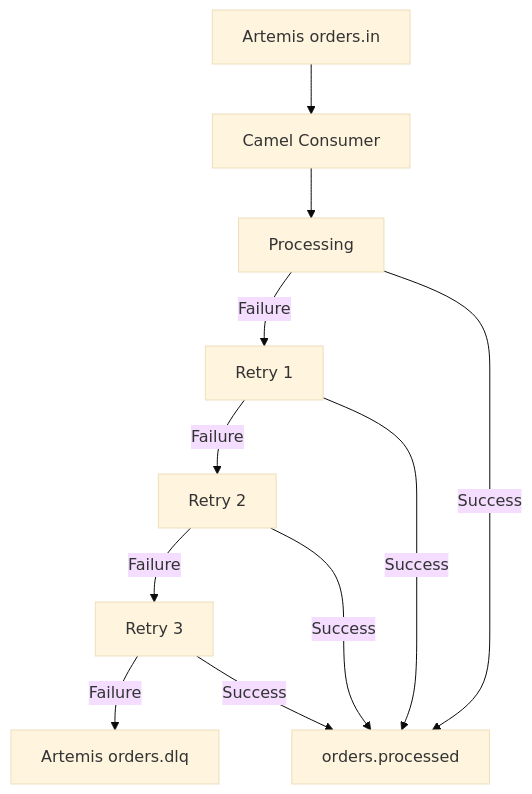
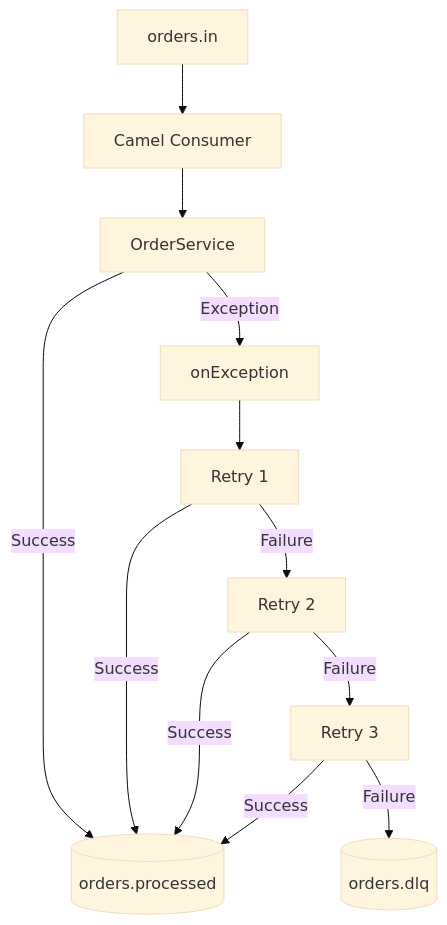
One commit to kaushleshtripathi/spring-boot-camel-artemis-xml-dsl-postgresql changed the tenth of 11 diagrams in README.md. Above: the diagram before and after it, drawn with Mermaid (base theme). The commit also changed other lines of this file, not shown here.

````diff
--- a/README.md
+++ b/README.md
@@ -65,14 +770,23 @@
 ```mermaid
 flowchart TD
-    A[Artemis orders.in] --> B[Camel Consumer]
-    B --> C[Processing]
-    C -->|Failure| D[Retry 1]
-    D -->|Failure| E[Retry 2]
-    E -->|Failure| F[Retry 3]
-    F -->|Failure| G[Artemis orders.dlq]
 
-    D -->|Success| H[orders.processed]
-    E -->|Success| H
-    F -->|Success| H
-    C -->|Success| H
+    A[orders.in] --> B[Camel Consumer]
+
+    B --> C[OrderService]
+
+    C -->|Success| D[(orders.processed)]
+
+    C -->|Exception| E[onException]
+
+    E --> F[Retry 1]
+
+    F -->|Failure| G[Retry 2]
+
+    G -->|Failure| H[Retry 3]
+
+    F -->|Success| D
+    G -->|Success| D
+    H -->|Success| D
+
+    H -->|Failure| I[(orders.dlq)]
 ```
````
